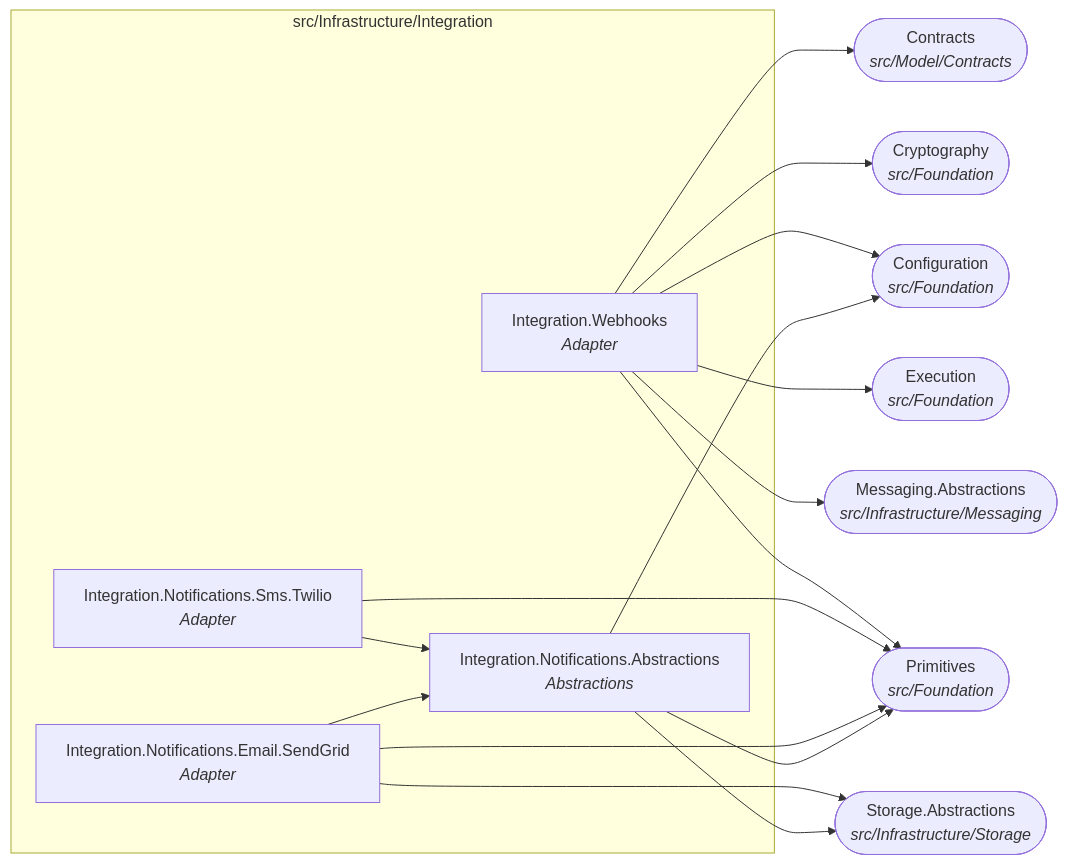
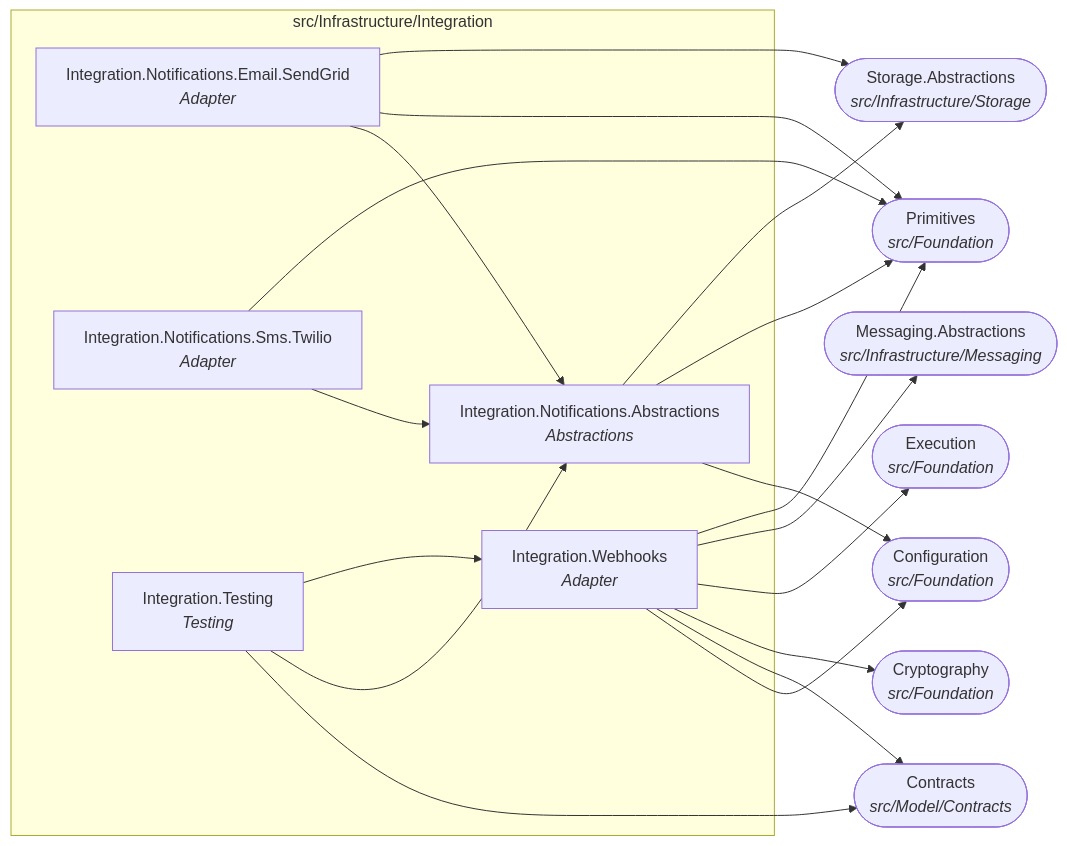
Diagram 11 of 22 in docs/dependency-graph.md (Gresta-Vertex-Labs/platform-shared-kernel), drawn with Mermaid before and after one commit. The commit also changed other lines of this file and 508 other files, not shown here.

````diff
--- a/docs/dependency-graph.md
+++ b/docs/dependency-graph.md
@@ -383,30 +409,34 @@
 ```mermaid
 flowchart LR
   subgraph folder_src_Infrastructure_Integration["src/Infrastructure/Integration"]
     SharedKernel_Integration_Notifications_Abstractions["Integration.Notifications.Abstractions<br/><i>Abstractions</i>"]
     SharedKernel_Integration_Notifications_Email_SendGrid["Integration.Notifications.Email.SendGrid<br/><i>Adapter</i>"]
     SharedKernel_Integration_Notifications_Sms_Twilio["Integration.Notifications.Sms.Twilio<br/><i>Adapter</i>"]
+    SharedKernel_Integration_Testing["Integration.Testing<br/><i>Testing</i>"]
     SharedKernel_Integration_Webhooks["Integration.Webhooks<br/><i>Adapter</i>"]
   end
   SharedKernel_Configuration(["Configuration<br/><i>src/Foundation</i>"])
   SharedKernel_Contracts(["Contracts<br/><i>src/Model/Contracts</i>"])
   SharedKernel_Cryptography(["Cryptography<br/><i>src/Foundation</i>"])
   SharedKernel_Execution(["Execution<br/><i>src/Foundation</i>"])
   SharedKernel_Messaging_Abstractions(["Messaging.Abstractions<br/><i>src/Infrastructure/Messaging</i>"])
   SharedKernel_Primitives(["Primitives<br/><i>src/Foundation</i>"])
   SharedKernel_Storage_Abstractions(["Storage.Abstractions<br/><i>src/Infrastructure/Storage</i>"])
   SharedKernel_Integration_Notifications_Abstractions --> SharedKernel_Configuration
   SharedKernel_Integration_Notifications_Abstractions --> SharedKernel_Primitives
   SharedKernel_Integration_Notifications_Abstractions --> SharedKernel_Storage_Abstractions
   SharedKernel_Integration_Notifications_Email_SendGrid --> SharedKernel_Integration_Notifications_Abstractions
   SharedKernel_Integration_Notifications_Email_SendGrid --> SharedKernel_Primitives
   SharedKernel_Integration_Notifications_Email_SendGrid --> SharedKernel_Storage_Abstractions
   SharedKernel_Integration_Notifications_Sms_Twilio --> SharedKernel_Integration_Notifications_Abstractions
   SharedKernel_Integration_Notifications_Sms_Twilio --> SharedKernel_Primitives
+  SharedKernel_Integration_Testing --> SharedKernel_Contracts
+  SharedKernel_Integration_Testing --> SharedKernel_Integration_Notifications_Abstractions
+  SharedKernel_Integration_Testing --> SharedKernel_Integration_Webhooks
   SharedKernel_Integration_Webhooks --> SharedKernel_Configuration
   SharedKernel_Integration_Webhooks --> SharedKernel_Contracts
   SharedKernel_Integration_Webhooks --> SharedKernel_Cryptography
   SharedKernel_Integration_Webhooks --> SharedKernel_Execution
   SharedKernel_Integration_Webhooks --> SharedKernel_Messaging_Abstractions
   SharedKernel_Integration_Webhooks --> SharedKernel_Primitives
 ```
````
